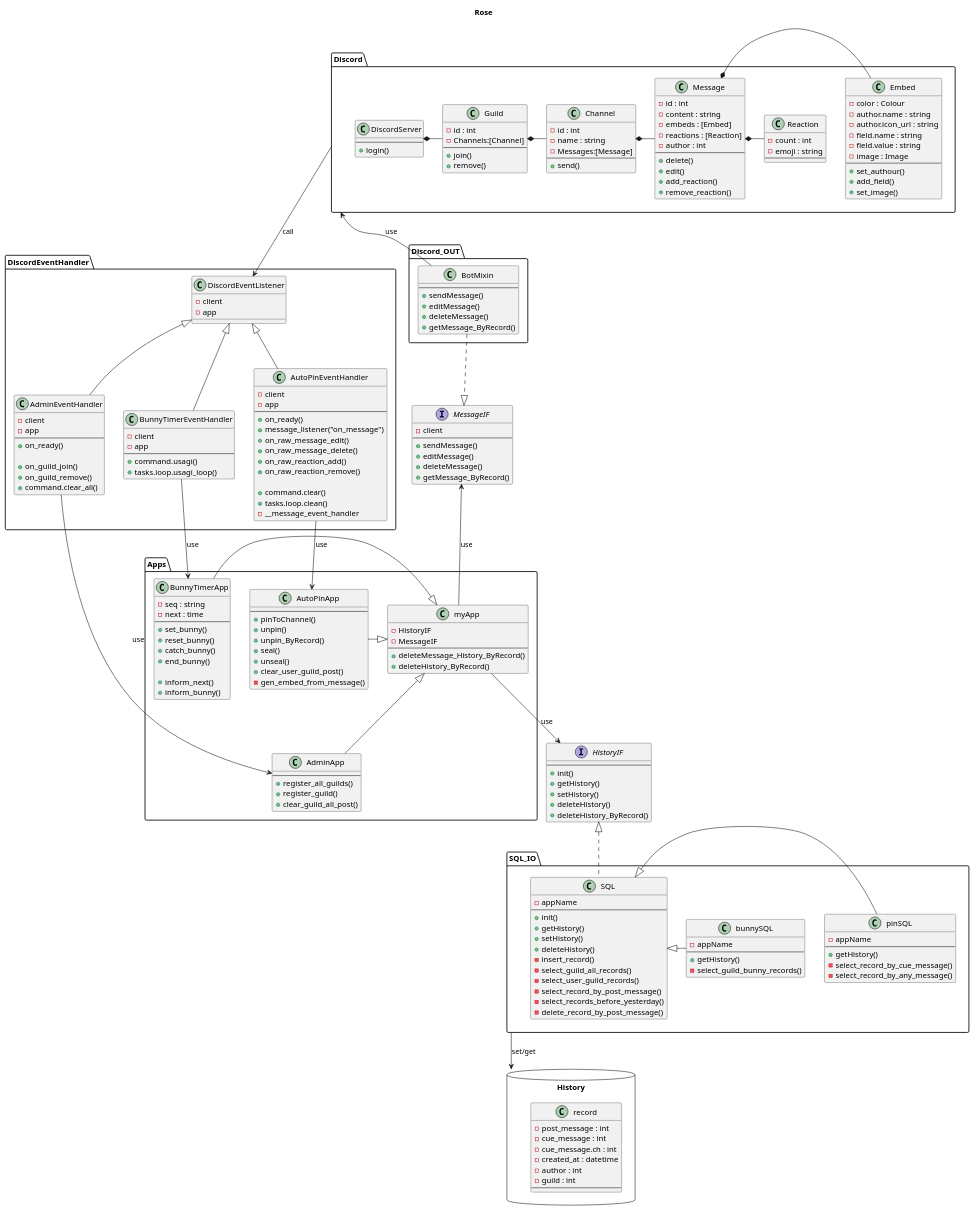
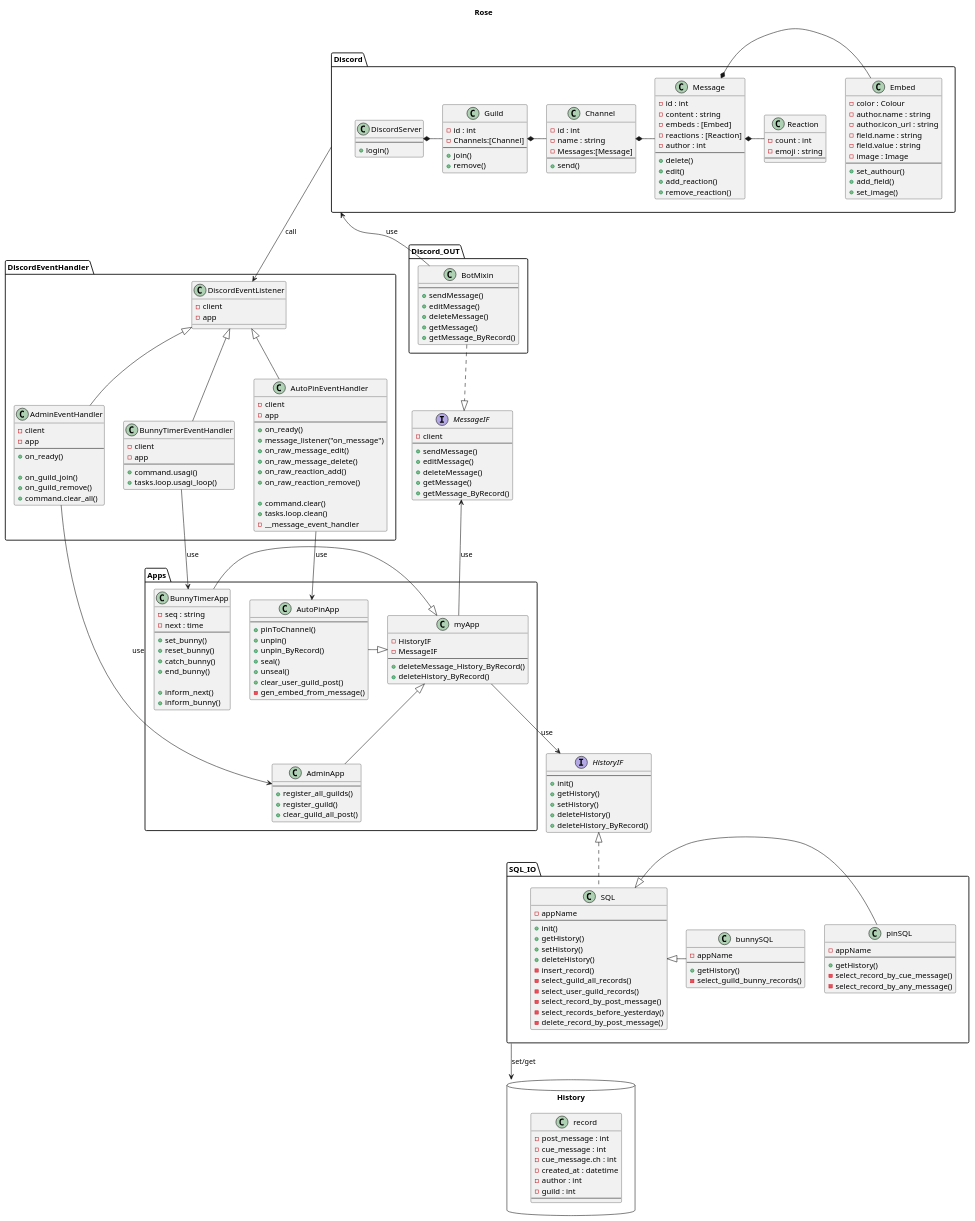
The diagram in Design/Class_diagram.pu (HitsumabushiEng/rose_discord_bot), drawn with PlantUML before and after one commit. The commit also changed 4 other files, not shown here.

```diff
--- a/Design/Class_diagram.pu
+++ b/Design/Class_diagram.pu
@@ -61,6 +61,7 @@
         + sendMessage()
         + editMessage()
         + deleteMessage()
+        + getMessage()
         + getMessage_ByRecord()
     }
 }
@@ -184,6 +185,7 @@
     + sendMessage()
     + editMessage()
     + deleteMessage()
+    + getMessage()
     + getMessage_ByRecord()
 }
 
```
